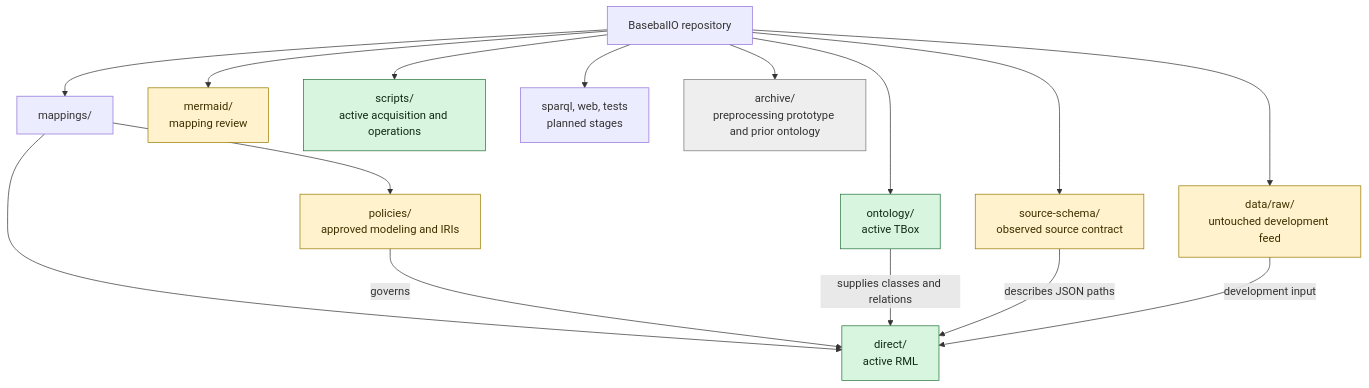
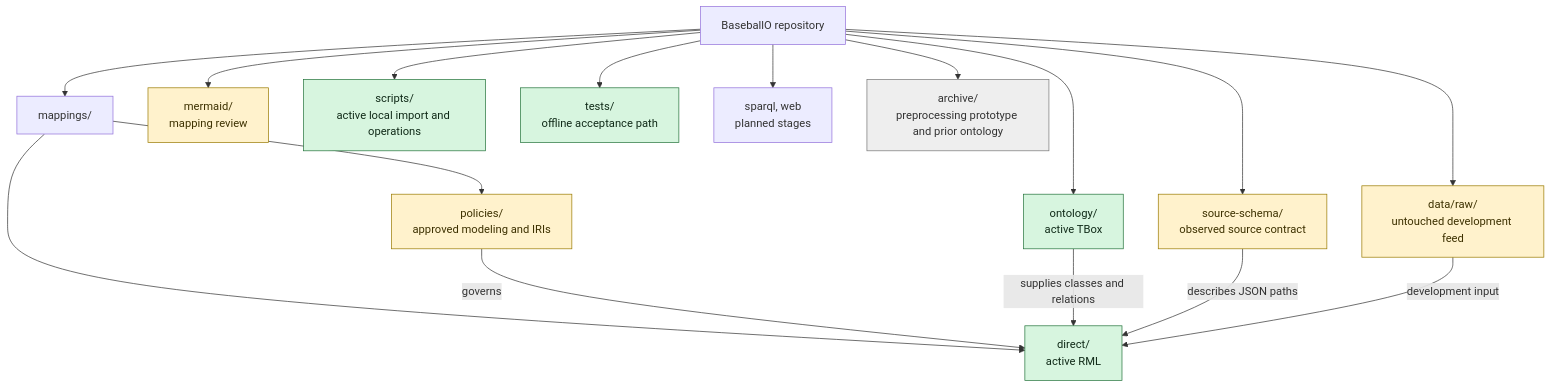
One commit to CarterBeauBenson/BaseballO changed the second of 2 diagrams in mermaid/01-pipeline-and-repository.md. Above: the diagram before and after it, drawn with Mermaid. The commit also changed other lines of this file and 29 other files, not shown here.

````diff
--- a/mermaid/01-pipeline-and-repository.md
+++ b/mermaid/01-pipeline-and-repository.md
@@ -27,26 +27,27 @@
 ```mermaid
 flowchart TB
     ROOT["BaseballO repository"]
     ROOT --> ONT["ontology/<br/>active TBox"]
     ROOT --> MAP["mappings/"]
     MAP --> DIRECT["direct/<br/>active RML"]
     MAP --> POLICY["policies/<br/>approved modeling and IRIs"]
     ROOT --> SCHEMA["source-schema/<br/>observed source contract"]
     ROOT --> MERMAID["mermaid/<br/>mapping review"]
     ROOT --> DATA["data/raw/<br/>untouched development feed"]
-    ROOT --> SCRIPTS["scripts/<br/>active acquisition and operations"]
-    ROOT --> FUTURE["sparql, web, tests<br/>planned stages"]
+    ROOT --> SCRIPTS["scripts/<br/>active local import and operations"]
+    ROOT --> TESTS["tests/<br/>offline acceptance path"]
+    ROOT --> FUTURE["sparql, web<br/>planned stages"]
     ROOT --> ARCHIVE["archive/<br/>preprocessing prototype and prior ontology"]
 
     POLICY -->|"governs"| DIRECT
     ONT -->|"supplies classes and relations"| DIRECT
     SCHEMA -->|"describes JSON paths"| DIRECT
     DATA -->|"development input"| DIRECT
 
     classDef active fill:#d7f5df,stroke:#24733b,color:#102a18;
     classDef reference fill:#fff2cc,stroke:#997a00,color:#3d3100;
     classDef archive fill:#eeeeee,stroke:#777,color:#333;
-    class ONT,DIRECT,SCRIPTS active;
+    class ONT,DIRECT,SCRIPTS,TESTS active;
     class POLICY,SCHEMA,MERMAID,DATA reference;
     class ARCHIVE archive;
 ```
````
